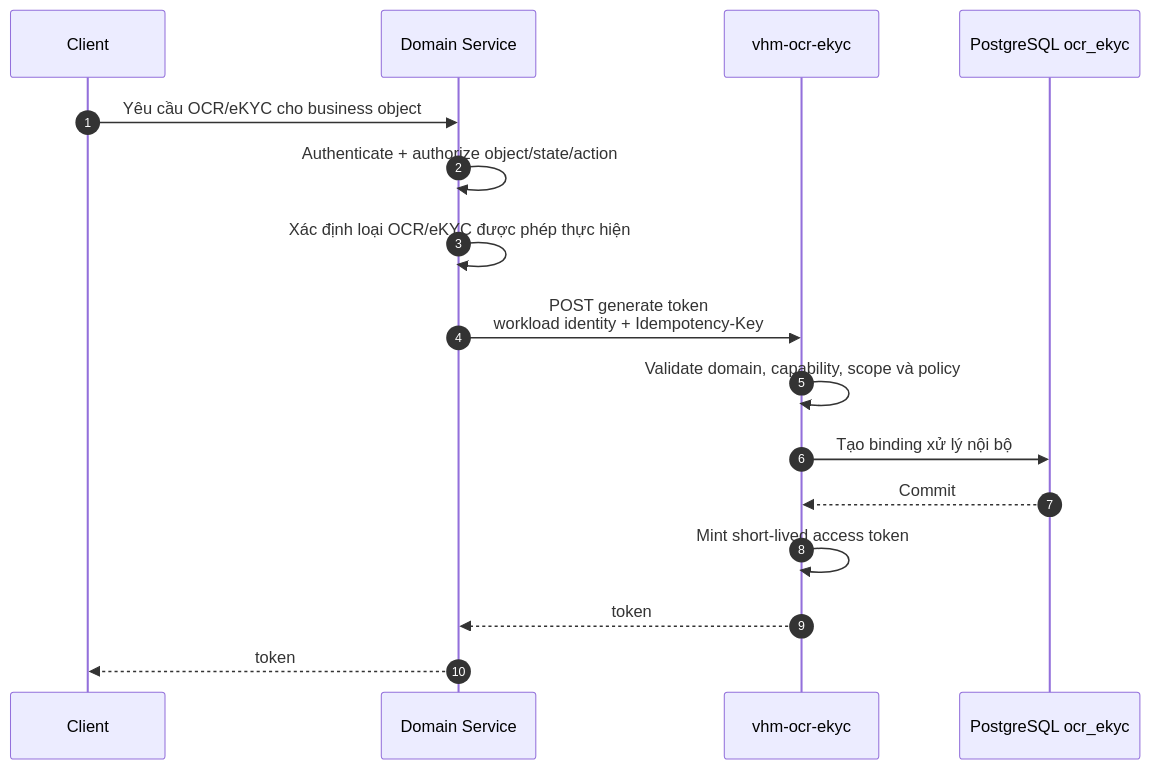
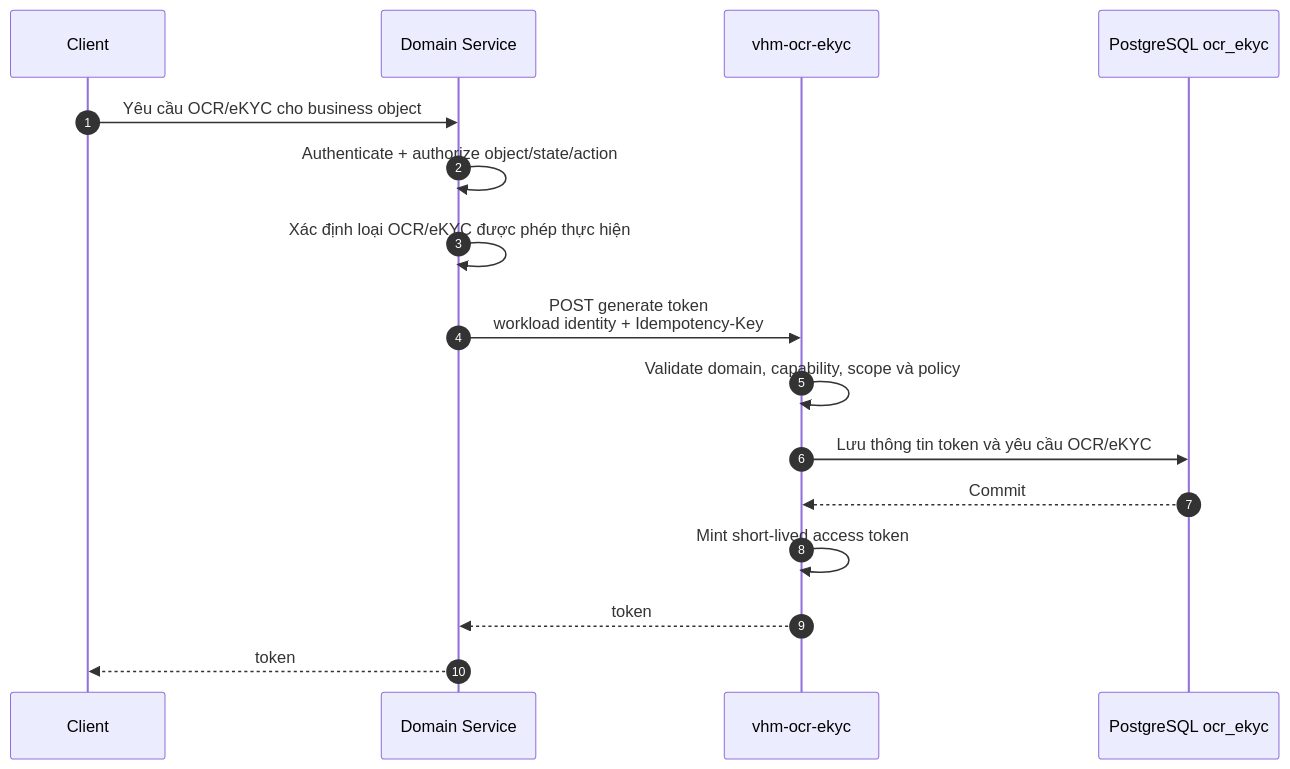
One commit to huynv-xyz/vhm changed the second of 6 diagrams in tdd-ocr-ekyc-delegated-client-flow.md. Above: the diagram before and after it, drawn with Mermaid. The commit also changed other lines of this file, not shown here.

````diff
--- a/tdd-ocr-ekyc-delegated-client-flow.md
+++ b/tdd-ocr-ekyc-delegated-client-flow.md
@@ -152,19 +152,19 @@
 ```mermaid
 sequenceDiagram
     autonumber
     participant C as Client
     participant D as Domain Service
     participant O as vhm-ocr-ekyc
     participant DB as PostgreSQL ocr_ekyc
 
     C->>D: Yêu cầu OCR/eKYC cho business object
     D->>D: Authenticate + authorize object/state/action
     D->>D: Xác định loại OCR/eKYC được phép thực hiện
     D->>O: POST generate token<br/>workload identity + Idempotency-Key
     O->>O: Validate domain, capability, scope và policy
-    O->>DB: Tạo binding xử lý nội bộ
+    O->>DB: Lưu thông tin token và yêu cầu OCR/eKYC
     DB-->>O: Commit
     O->>O: Mint short-lived access token
     O-->>D: token
     D-->>C: token
 ```
````
